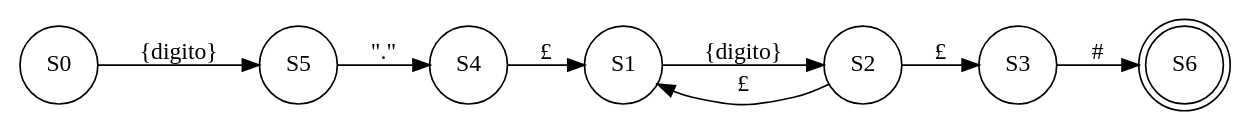
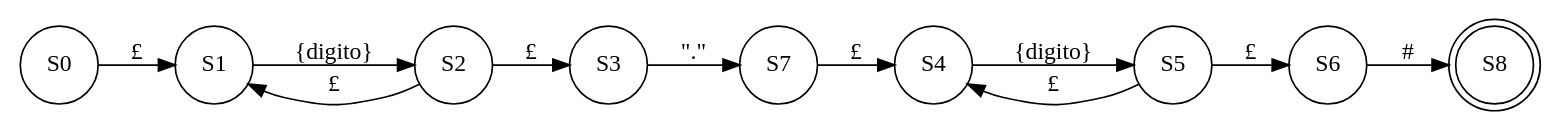
One commit to Gerson7w7/COMPI1_Proyecto1_202000166 changed the diagram in Proyecto1_COMPI1/REPORTES/AFND_202000166/ExpresionReg2.dot. Above: the diagram before and after it, drawn with Graphviz. The commit also changed 22 other files, not shown here.

```diff
--- a/Proyecto1_COMPI1/REPORTES/AFND_202000166/ExpresionReg2.dot
+++ b/Proyecto1_COMPI1/REPORTES/AFND_202000166/ExpresionReg2.dot
@@ -1,19 +1,24 @@
 digraph afn {
 rankdir=LR
 S0[shape="circle"]
-S5[shape="circle"]
-S4[shape="circle"]
 S1[shape="circle"]
 S2[shape="circle"]
 S3[shape="circle"]
-S6[shape="doublecircle"];
+S7[shape="circle"]
+S4[shape="circle"]
+S5[shape="circle"]
+S6[shape="circle"]
+S8[shape="doublecircle"];
 
-S0->S5 [label="{digito}"]
-S5->S4 [label="\".\""]
-S4->S1 [label="£"]
+S0->S1 [label="£"]
 S1->S2 [label="{digito}"]
 S2->S1 [label="£"]
 S2->S3 [label="£"]
-S3->S6 [label="#"]
+S3->S7 [label="\".\""]
+S7->S4 [label="£"]
+S4->S5 [label="{digito}"]
+S5->S4 [label="£"]
+S5->S6 [label="£"]
+S6->S8 [label="#"]
 
 }
```
